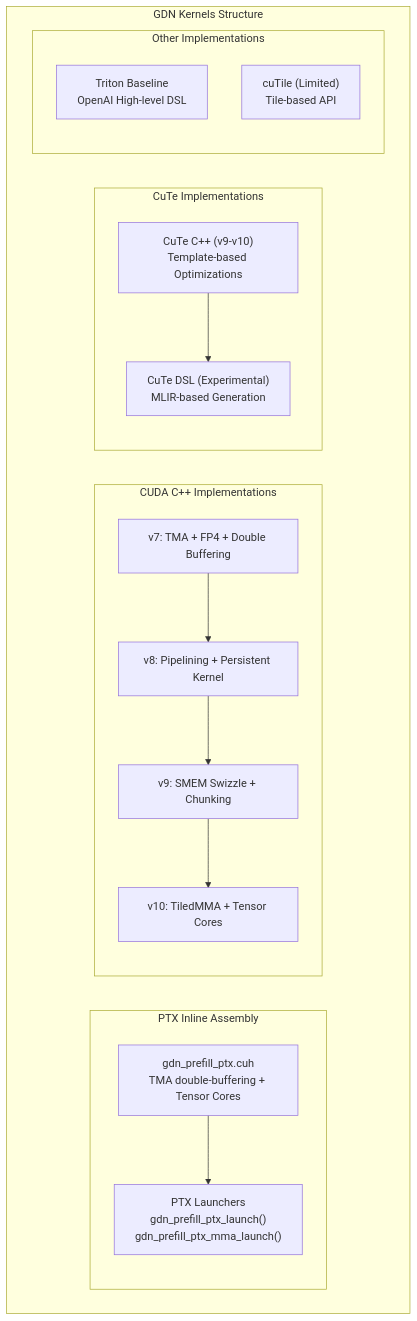
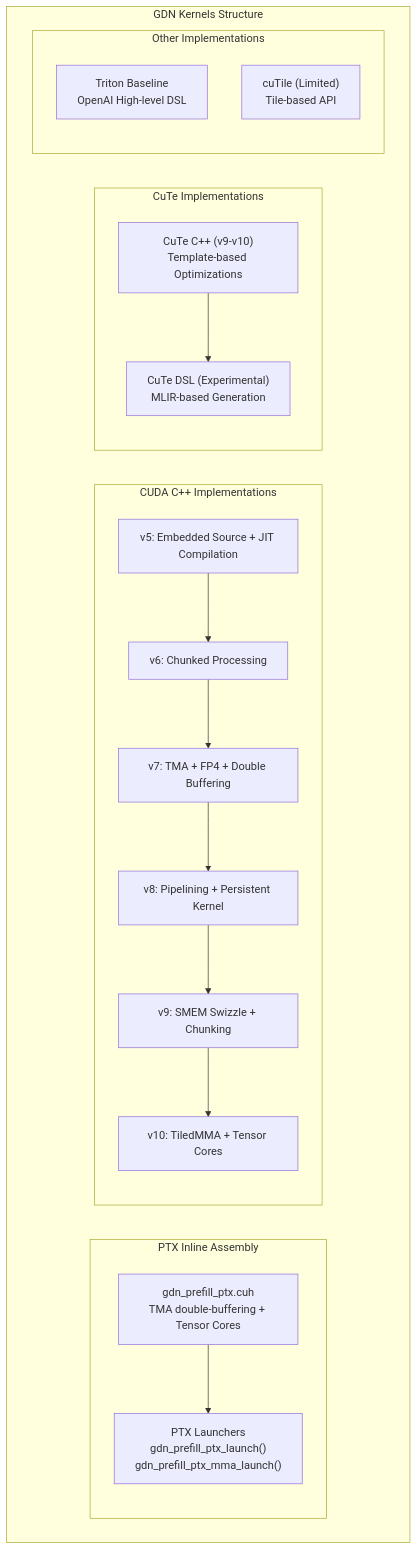
The first of 2 diagrams in .qoder/repowiki/en/content/Core Kernels/GDN Prefill Kernel.md (gugudeshubao/flashinfer-bench-tma-thrust), drawn with Mermaid before and after one commit. The commit also changed other lines of this file and 46 other files, not shown here.

````diff
--- a/.qoder/repowiki/en/content/Core Kernels/GDN Prefill Kernel.md
+++ b/.qoder/repowiki/en/content/Core Kernels/GDN Prefill Kernel.md
@@ -52,26 +57,28 @@
 ```mermaid
 graph TB
 subgraph "GDN Kernels Structure"
 subgraph "PTX Inline Assembly"
 PTXKernel["gdn_prefill_ptx.cuh<br/>TMA double-buffering + Tensor Cores"]
 PTXLauncher["PTX Launchers<br/>gdn_prefill_ptx_launch()<br/>gdn_prefill_ptx_mma_launch()"]
 end
 subgraph "CUDA C++ Implementations"
+CUDA_V5["v5: Embedded Source + JIT Compilation"]
+CUDA_V6["v6: Chunked Processing"]
 CUDA_V7["v7: TMA + FP4 + Double Buffering"]
 CUDA_V8["v8: Pipelining + Persistent Kernel"]
 CUDA_V9["v9: SMEM Swizzle + Chunking"]
 CUDA_V10["v10: TiledMMA + Tensor Cores"]
 end
 subgraph "CuTe Implementations"
 CUTE_CPP["CuTe C++ (v9-v10)<br/>Template-based Optimizations"]
 CUTE_DSL["CuTe DSL (Experimental)<br/>MLIR-based Generation"]
 end
 subgraph "Other Implementations"
 TRITON["Triton Baseline<br/>OpenAI High-level DSL"]
 CUTILE["cuTile (Limited)<br/>Tile-based API"]
 end
 end
 PTXKernel --> PTXLauncher
-CUDA_V7 --> CUDA_V8 --> CUDA_V9 --> CUDA_V10
+CUDA_V5 --> CUDA_V6 --> CUDA_V7 --> CUDA_V8 --> CUDA_V9 --> CUDA_V10
 CUTE_CPP --> CUTE_DSL
 ```
````
